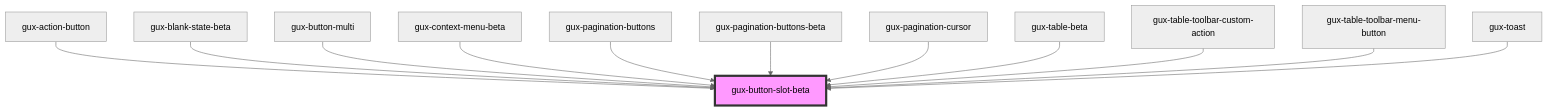
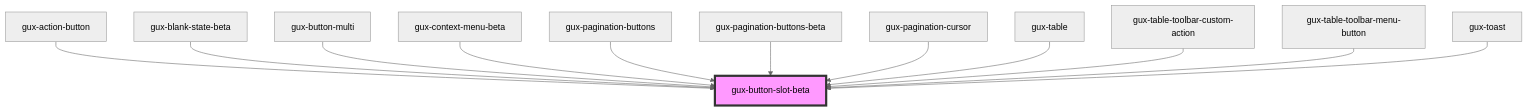
One commit to MyPureCloud/genesys-spark changed the diagram in packages/genesys-spark-components/src/components/beta/gux-button-slot/readme.md. Above: the diagram before and after it, drawn with Mermaid (neutral theme). The commit also changed other lines of this file and 43 other files, not shown here.

Commit message:
feat(table): moving gux-table-beta to stable

````diff
--- a/packages/genesys-spark-components/src/components/beta/gux-button-slot/readme.md
+++ b/packages/genesys-spark-components/src/components/beta/gux-button-slot/readme.md
@@ -36,15 +36,15 @@
 ```mermaid
 graph TD;
   gux-action-button --> gux-button-slot-beta
   gux-blank-state-beta --> gux-button-slot-beta
   gux-button-multi --> gux-button-slot-beta
   gux-context-menu-beta --> gux-button-slot-beta
   gux-pagination-buttons --> gux-button-slot-beta
   gux-pagination-buttons-beta --> gux-button-slot-beta
   gux-pagination-cursor --> gux-button-slot-beta
-  gux-table-beta --> gux-button-slot-beta
+  gux-table --> gux-button-slot-beta
   gux-table-toolbar-custom-action --> gux-button-slot-beta
   gux-table-toolbar-menu-button --> gux-button-slot-beta
   gux-toast --> gux-button-slot-beta
   style gux-button-slot-beta fill:#f9f,stroke:#333,stroke-width:4px
 ```
````
